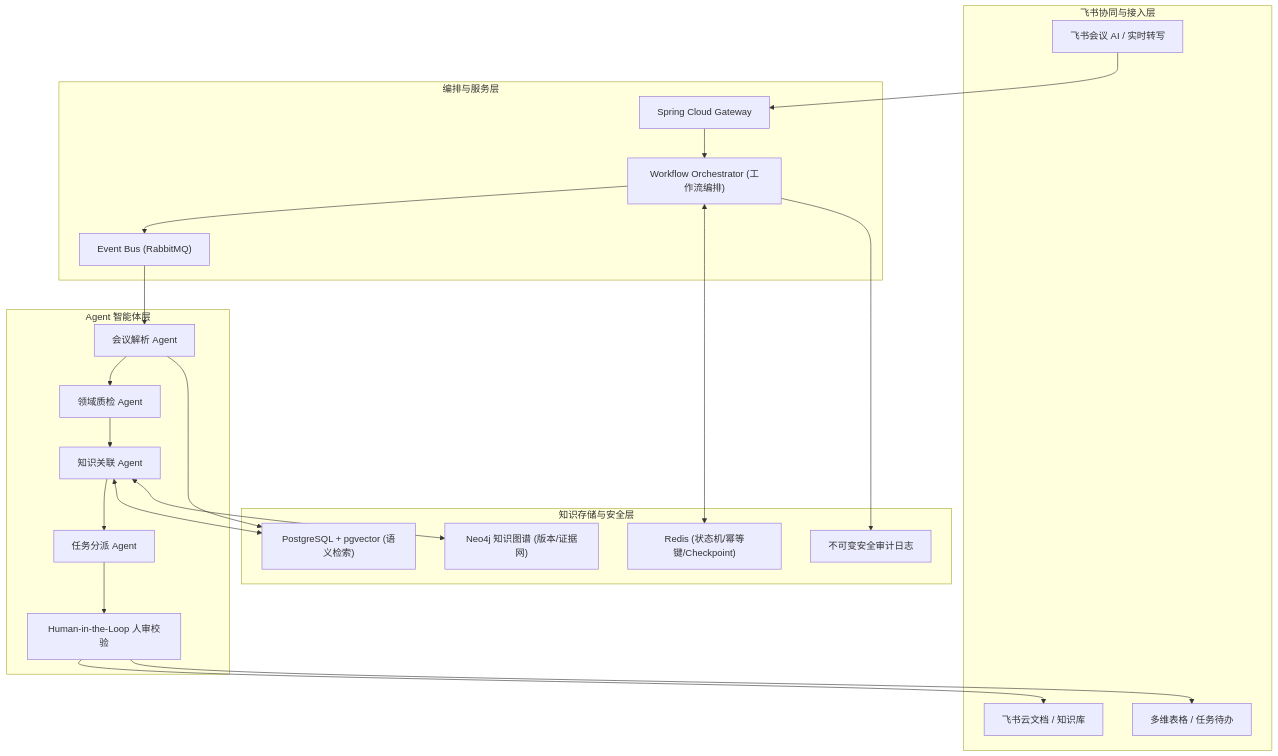
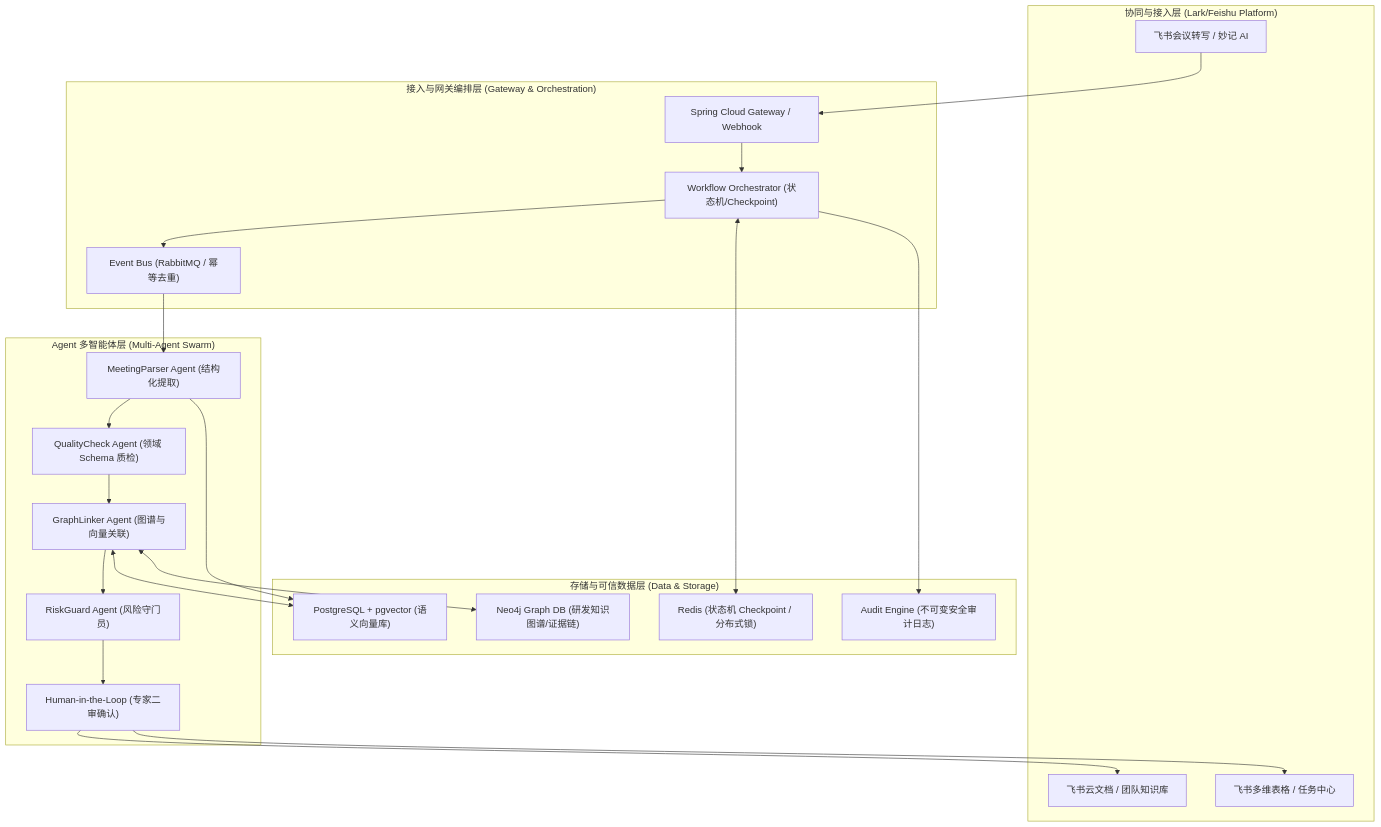
One commit to haoyiwang555-alt/-LabFlow---AI- changed the diagram in README.md. Above: the diagram before and after it, drawn with Mermaid. The commit also changed other lines of this file and 34 other files, not shown here.

````diff
--- a/README.md
+++ b/README.md
@@ -66,34 +80,37 @@
 ```mermaid
 flowchart TD
-    subgraph FS["飞书协同与接入层"]
-        M["飞书会议 AI / 实时转写"]
-        D["飞书云文档 / 知识库"]
-        B["多维表格 / 任务待办"]
-    end
-    subgraph GW["编排与服务层"]
-        Gateway["Spring Cloud Gateway"]
-        Orch["Workflow Orchestrator (工作流编排)"]
-        Bus["Event Bus (RabbitMQ)"]
-    end
-    subgraph AG["Agent 智能体层"]
-        P["会议解析 Agent"]
-        Q["领域质检 Agent"]
-        R["知识关联 Agent"]
-        T["任务分派 Agent"]
-        Human["Human-in-the-Loop 人审校验"]
-    end
-    subgraph DATA["知识存储与安全层"]
-        PG["PostgreSQL + pgvector (语义检索)"]
-        Neo["Neo4j 知识图谱 (版本/证据网)"]
-        Redis["Redis (状态机/幂等键/Checkpoint)"]
-        Audit["不可变安全审计日志"]
+    subgraph FS["协同与接入层 (Lark/Feishu Platform)"]
+        A1["飞书会议转写 / 妙记 AI"]
+        A2["飞书云文档 / 团队知识库"]
+        A3["飞书多维表格 / 任务中心"]
     end
 
-    M --> Gateway --> Orch --> Bus
-    Bus --> P --> Q --> R --> T --> Human
-    Human --> D & B
-    P --> PG
-    R <--> PG & Neo
-    Orch <--> Redis
-    Orch --> Audit
+    subgraph GW["接入与网关编排层 (Gateway & Orchestration)"]
+        B1["Spring Cloud Gateway / Webhook"]
+        B2["Workflow Orchestrator (状态机/Checkpoint)"]
+        B3["Event Bus (RabbitMQ / 幂等去重)"]
+    end
+
+    subgraph AG["Agent 多智能体层 (Multi-Agent Swarm)"]
+        C1["MeetingParser Agent (结构化提取)"]
+        C2["QualityCheck Agent (领域 Schema 质检)"]
+        C3["GraphLinker Agent (图谱与向量关联)"]
+        C4["RiskGuard Agent (风险守门员)"]
+        C5["Human-in-the-Loop (专家二审确认)"]
+    end
+
+    subgraph DB["存储与可信数据层 (Data & Storage)"]
+        D1["PostgreSQL + pgvector (语义向量库)"]
+        D2["Neo4j Graph DB (研发知识图谱/证据链)"]
+        D3["Redis (状态机 Checkpoint / 分布式锁)"]
+        D4["Audit Engine (不可变安全审计日志)"]
+    end
+
+    A1 --> B1 --> B2 --> B3
+    B3 --> C1 --> C2 --> C3 --> C4 --> C5
+    C5 --> A2 & A3
+    C1 --> D1
+    C3 <--> D1 & D2
+    B2 <--> D3
+    B2 --> D4
 ```
````
